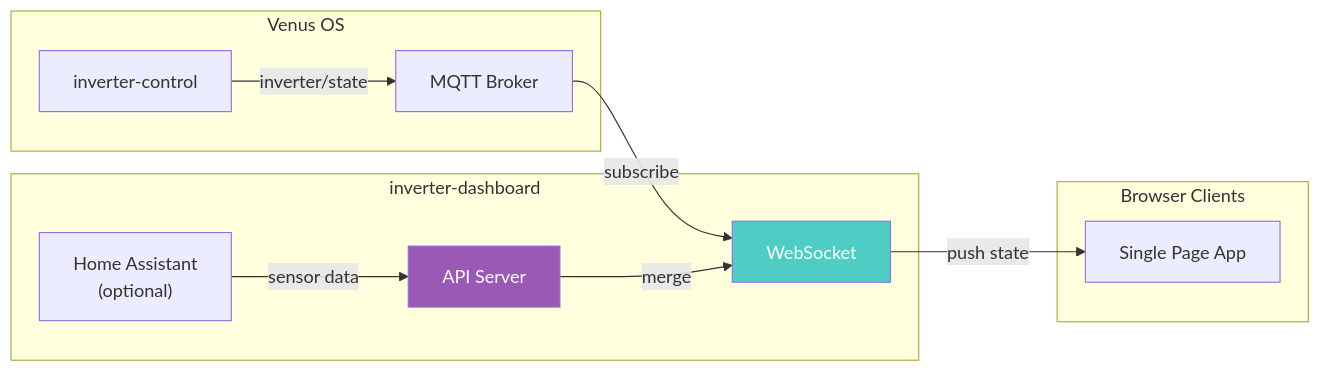
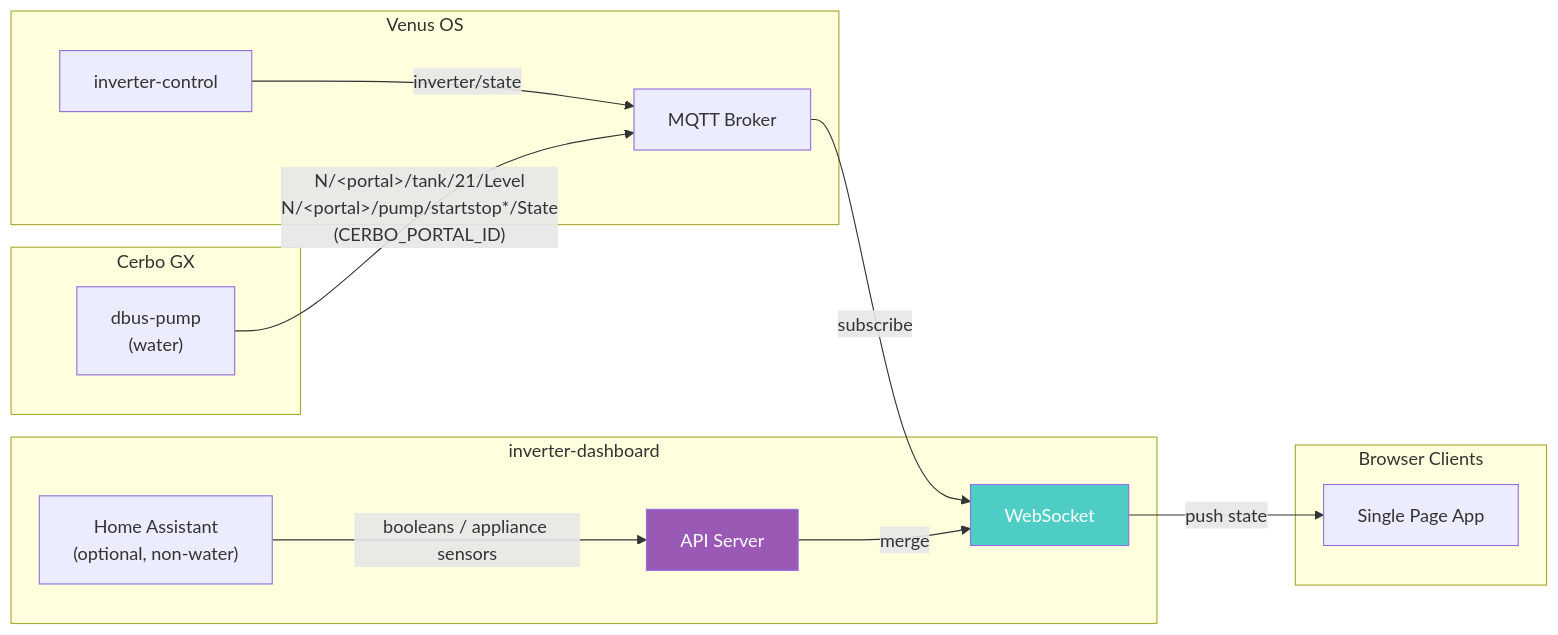
Before and after one commit to victron-venus/inverter-dashboard: the first of 4 diagrams in .github/docs/system-architecture.md, drawn with Mermaid. The commit also changed other lines of this file and 7 other files, not shown here.

First line of the commit message:
feat(water): subscribe dbus-pump water topics instead of Home Assistant

````diff
--- a/.github/docs/system-architecture.md
+++ b/.github/docs/system-architecture.md
@@ -5,26 +5,31 @@
 ```mermaid
 flowchart LR
     subgraph Venus["Venus OS"]
         MQTT["MQTT Broker"]
         INV["inverter-control"]
     end
 
+    subgraph GX["Cerbo GX"]
+        DP["dbus-pump<br/>(water)"]
+    end
+
     subgraph Dashboard["inverter-dashboard"]
         WS["WebSocket"]
         API["API Server"]
-        HA["Home Assistant<br/>(optional)"]
+        HA["Home Assistant<br/>(optional, non-water)"]
     end
 
     subgraph Client["Browser Clients"]
         UI["Single Page App"]
     end
 
     INV -->|"inverter/state"| MQTT
     MQTT -->|"subscribe"| WS
+    DP -->|"N/&lt;portal&gt;/tank/21/Level<br/>N/&lt;portal&gt;/pump/startstop*/State<br/>(CERBO_PORTAL_ID)"| MQTT
     WS -->|"push state"| UI
-    HA -->|"sensor data"| API
+    HA -->|"booleans / appliance sensors"| API
     API -->|"merge"| WS
 
     style WS fill:#4ecdc4,color:#fff
     style API fill:#9b59b6,color:#fff
 ```
````
